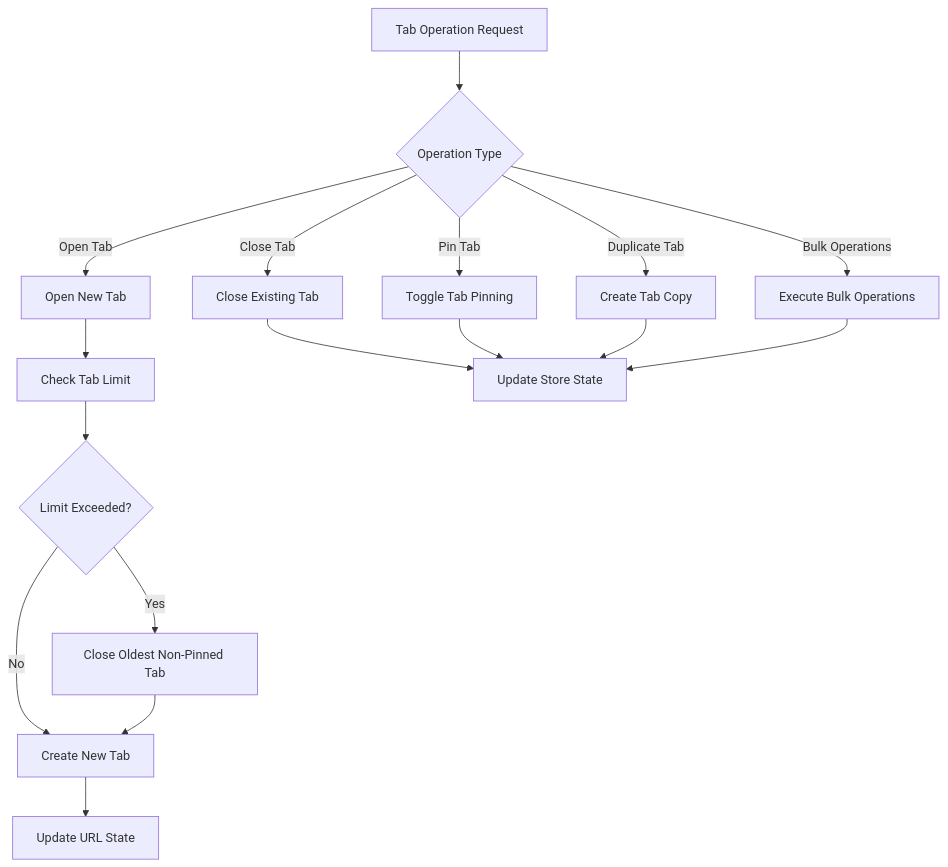
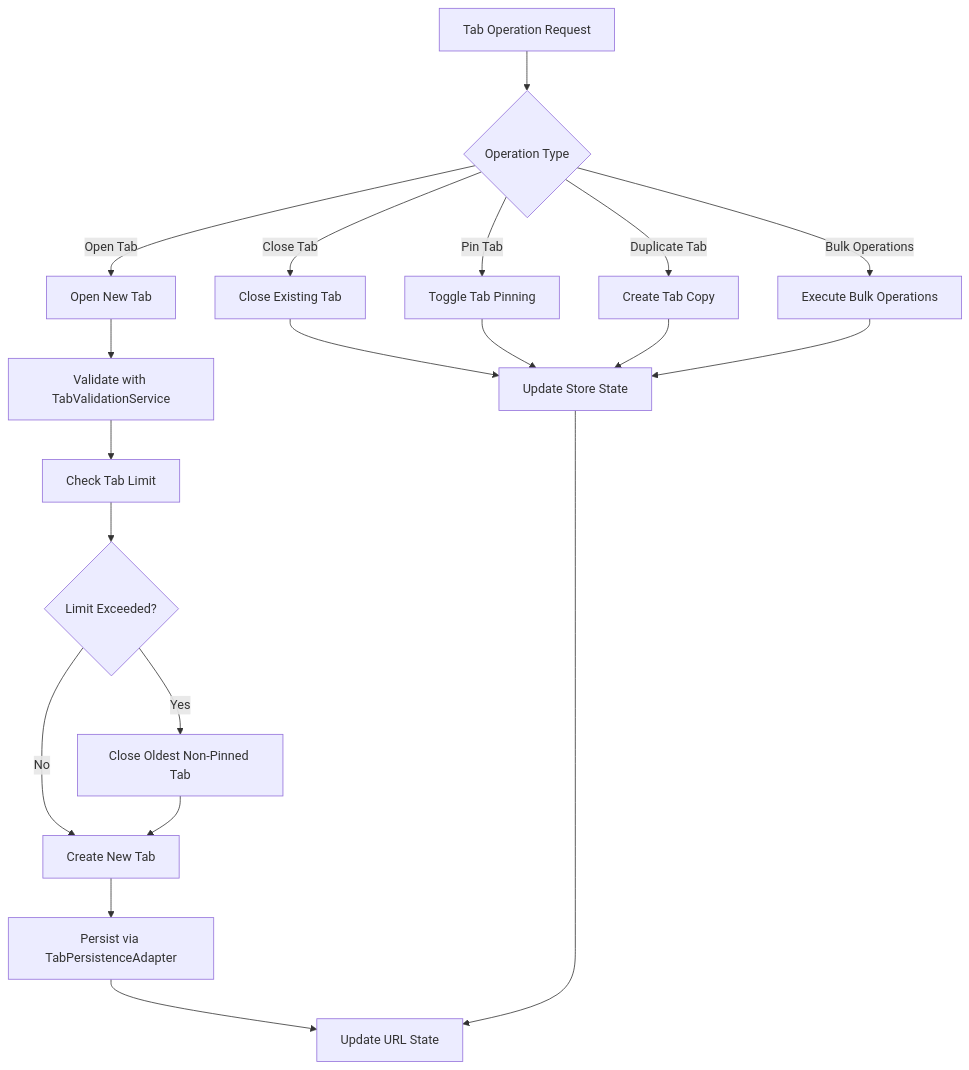
Before and after one commit to geniusdynamics/schoolpilot: diagram 11 of 12 in .qoder/repowiki/en/content/UI Component Library/Tabs System Documentation.md, drawn with Mermaid. The commit also changed other lines of this file and 12 other files, not shown here.

````diff
--- a/.qoder/repowiki/en/content/UI Component Library/Tabs System Documentation.md
+++ b/.qoder/repowiki/en/content/UI Component Library/Tabs System Documentation.md
@@ -297,19 +543,22 @@
 ```mermaid
 flowchart TD
 TabOperation["Tab Operation Request"] --> OperationType{"Operation Type"}
 OperationType --> |Open Tab| OpenTab["Open New Tab"]
 OperationType --> |Close Tab| CloseTab["Close Existing Tab"]
 OperationType --> |Pin Tab| PinTab["Toggle Tab Pinning"]
 OperationType --> |Duplicate Tab| DuplicateTab["Create Tab Copy"]
 OperationType --> |Bulk Operations| BulkOps["Execute Bulk Operations"]
-OpenTab --> CheckLimit["Check Tab Limit"]
+OpenTab --> ValidateTab["Validate with TabValidationService"]
+ValidateTab --> CheckLimit["Check Tab Limit"]
 CheckLimit --> LimitExceeded{"Limit Exceeded?"}
 LimitExceeded --> |Yes| CloseOldest["Close Oldest Non-Pinned Tab"]
 LimitExceeded --> |No| CreateTab["Create New Tab"]
 CloseOldest --> CreateTab
-CreateTab --> UpdateURL["Update URL State"]
+CreateTab --> PersistTab["Persist via TabPersistenceAdapter"]
 CloseTab --> UpdateStore["Update Store State"]
 PinTab --> UpdateStore
 DuplicateTab --> UpdateStore
 BulkOps --> UpdateStore
+PersistTab --> UpdateURL["Update URL State"]
+UpdateStore --> UpdateURL
 ```
````
